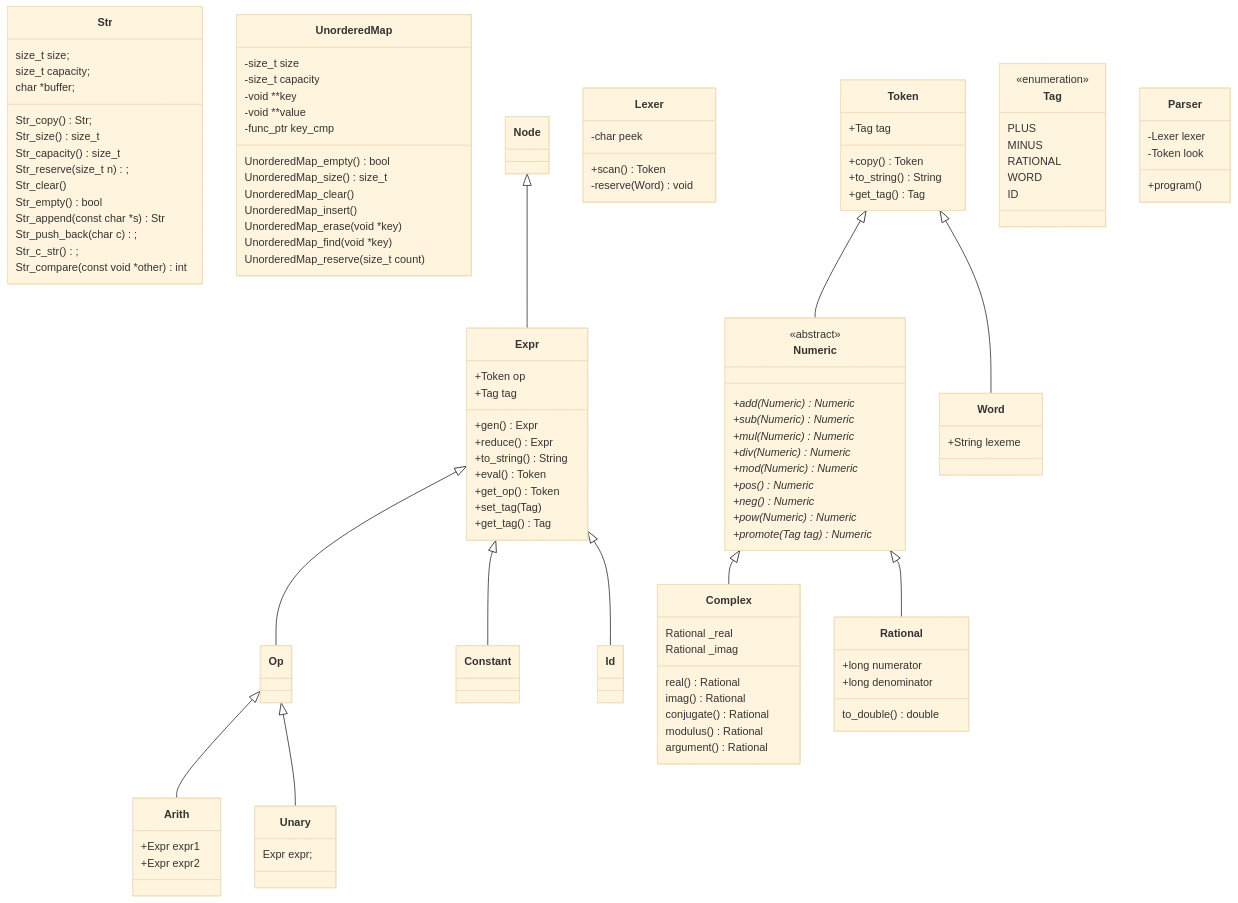
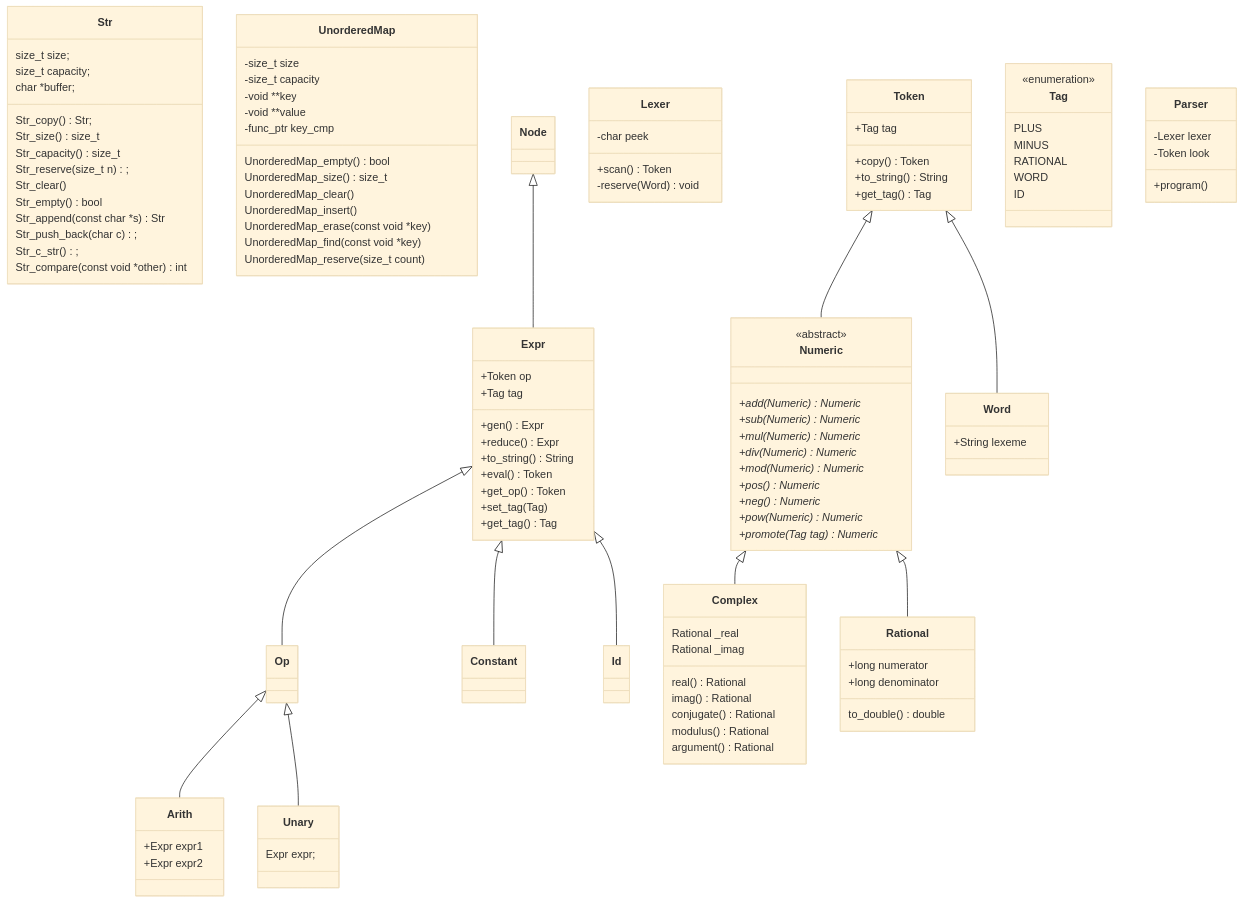
One commit to nwhean/42_computorv changed the diagram in diagram.md. Above: the diagram before and after it, drawn with Mermaid (base theme). The commit also changed 7 other files, not shown here.

Commit message:
Cleaned up UnorderedMap class and related code

```diff
--- a/diagram.md
+++ b/diagram.md
@@ -28,8 +28,8 @@
 		UnorderedMap_size() size_t
 		UnorderedMap_clear()
 		UnorderedMap_insert()
-		UnorderedMap_erase(void *key)
-		UnorderedMap_find(void *key)
+		UnorderedMap_erase(const void *key)
+		UnorderedMap_find(const void *key)
 		UnorderedMap_reserve(size_t count)
 	}
 
```
